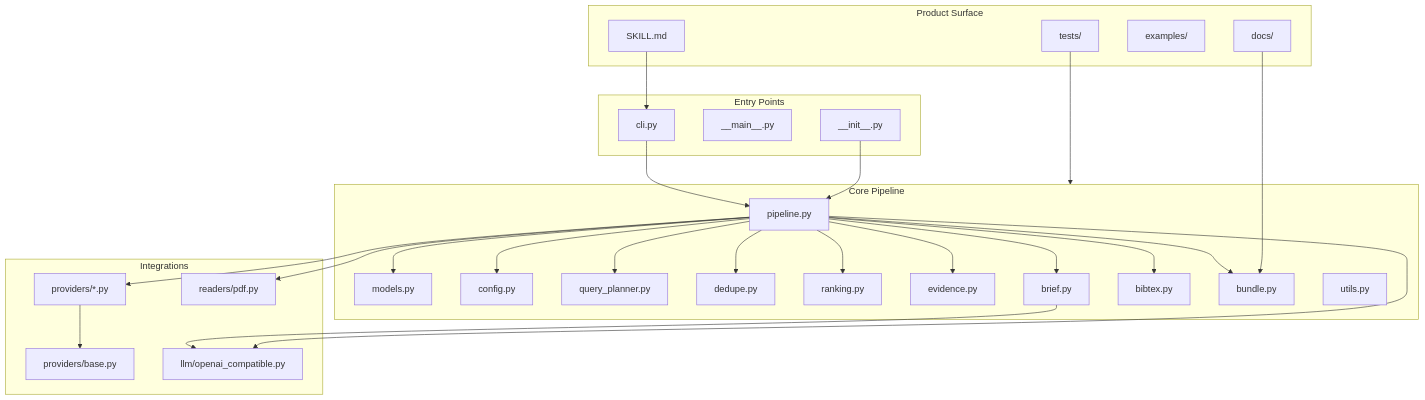
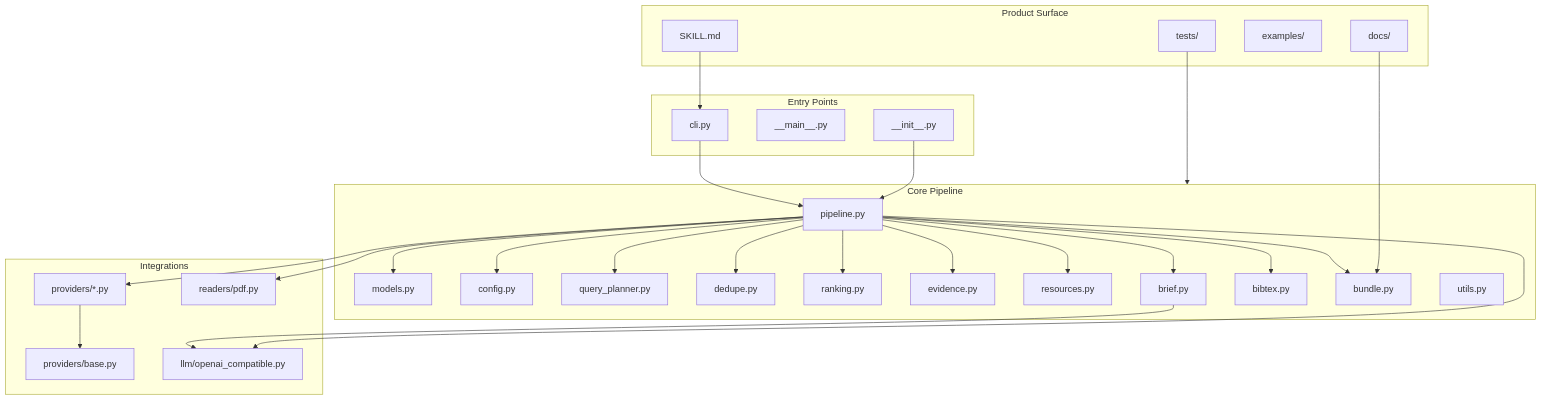
Before and after one commit to Jianxinnn/Scholar-Forge: the fourth of 4 diagrams in docs/architecture-diagram.md, drawn with Mermaid. The commit also changed other lines of this file and 14 other files, not shown here.

````diff
--- a/docs/architecture-diagram.md
+++ b/docs/architecture-diagram.md
@@ -101,56 +106,58 @@
 ```mermaid
 flowchart TB
     subgraph Entry["Entry Points"]
         CLIFile["cli.py"]
         MainFile["__main__.py"]
         InitFile["__init__.py"]
     end
 
     subgraph Core["Core Pipeline"]
         PipelineFile["pipeline.py"]
         ModelsFile["models.py"]
         ConfigFile["config.py"]
         PlannerFile["query_planner.py"]
         DedupeFile["dedupe.py"]
         RankingFile["ranking.py"]
         EvidenceFile2["evidence.py"]
+        ResourcesFile2["resources.py"]
         BriefFile["brief.py"]
         BibFile["bibtex.py"]
         BundleFile["bundle.py"]
         UtilsFile["utils.py"]
     end
 
     subgraph Integrations["Integrations"]
         ProviderBase["providers/base.py"]
         ProviderFiles["providers/*.py"]
         LLMFile["llm/openai_compatible.py"]
         PDFFile["readers/pdf.py"]
     end
 
     subgraph Product["Product Surface"]
         RootSkillFile["SKILL.md"]
         Docs["docs/"]
         Examples["examples/"]
         Tests["tests/"]
     end
 
     CLIFile --> PipelineFile
     InitFile --> PipelineFile
     PipelineFile --> ModelsFile
     PipelineFile --> ConfigFile
     PipelineFile --> PlannerFile
     PipelineFile --> ProviderFiles
     PipelineFile --> DedupeFile
     PipelineFile --> RankingFile
     PipelineFile --> EvidenceFile2
+    PipelineFile --> ResourcesFile2
     PipelineFile --> BriefFile
     PipelineFile --> BibFile
     PipelineFile --> BundleFile
     ProviderFiles --> ProviderBase
     BriefFile --> LLMFile
     PipelineFile --> LLMFile
     PipelineFile --> PDFFile
     Tests --> Core
     RootSkillFile --> CLIFile
     Docs --> BundleFile
 ```
````
